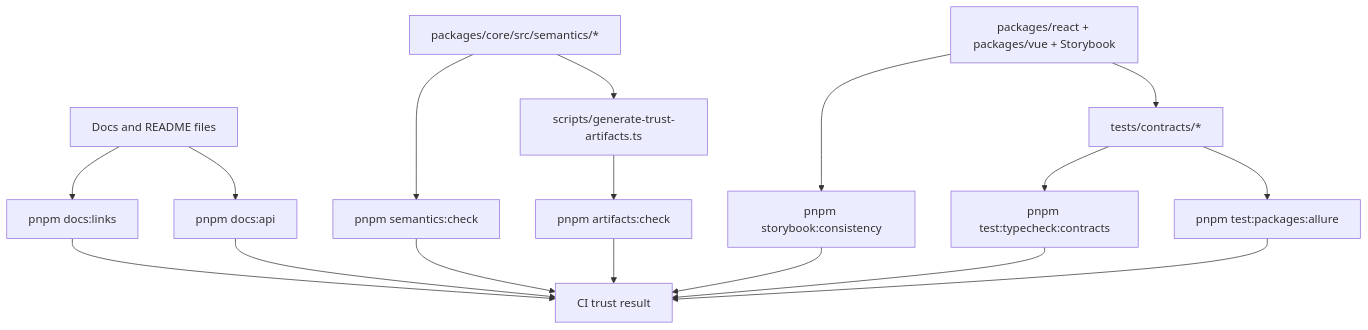
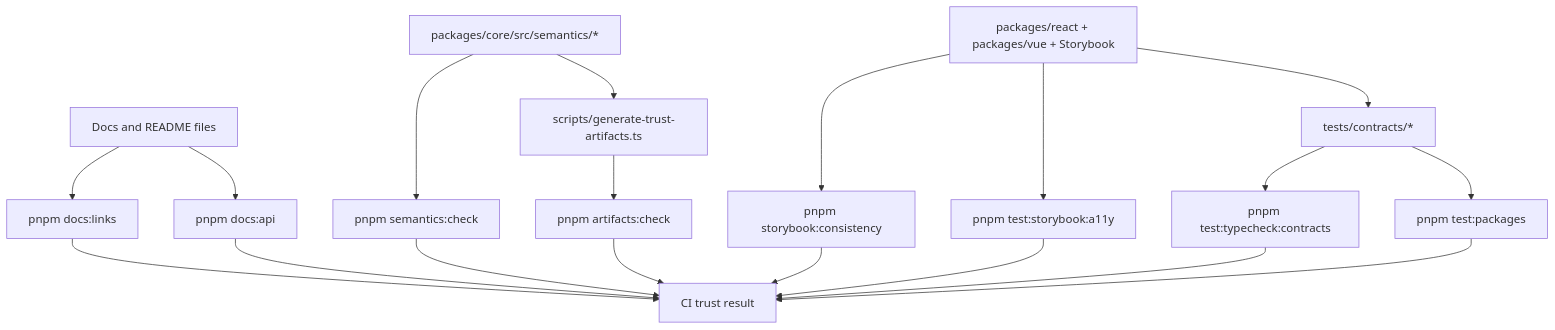
Before and after one commit to niklas-westman/marwes: the second of 3 diagrams in docs/reference/governance.md, drawn with Mermaid. The commit also changed other lines of this file and 367 other files, not shown here.

````diff
--- a/docs/reference/governance.md
+++ b/docs/reference/governance.md
@@ -83,23 +94,25 @@
 ```mermaid
 graph TD
   A[Docs and README files] --> B[pnpm docs:links]
   A --> C[pnpm docs:api]
 
   D[packages/core/src/semantics/*] --> E[pnpm semantics:check]
   D --> F[scripts/generate-trust-artifacts.ts]
 
   F --> G[pnpm artifacts:check]
 
   H[packages/react + packages/vue + Storybook] --> I[pnpm storybook:consistency]
+  H --> I2[pnpm test:storybook:a11y]
   H --> J[tests/contracts/*]
   J --> K[pnpm test:typecheck:contracts]
-  J --> L[pnpm test:packages:allure]
+  J --> L[pnpm test:packages]
 
   B --> M[CI trust result]
   C --> M
   E --> M
   G --> M
   I --> M
+  I2 --> M
   K --> M
   L --> M
 ```
````
